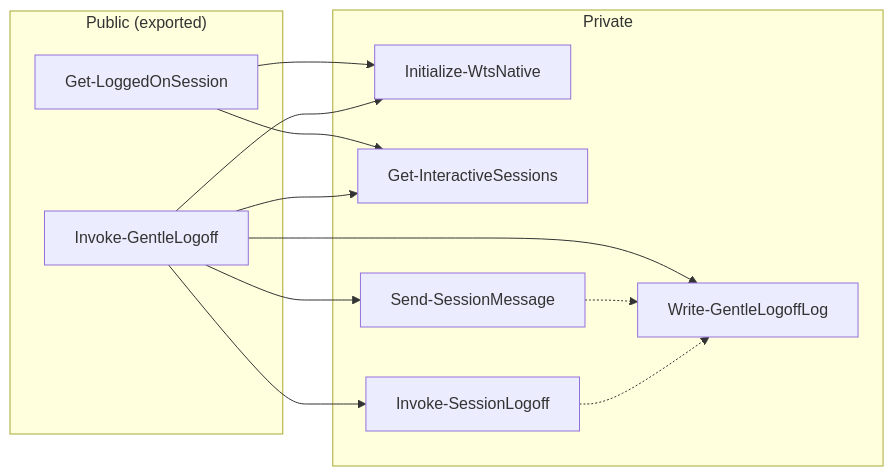
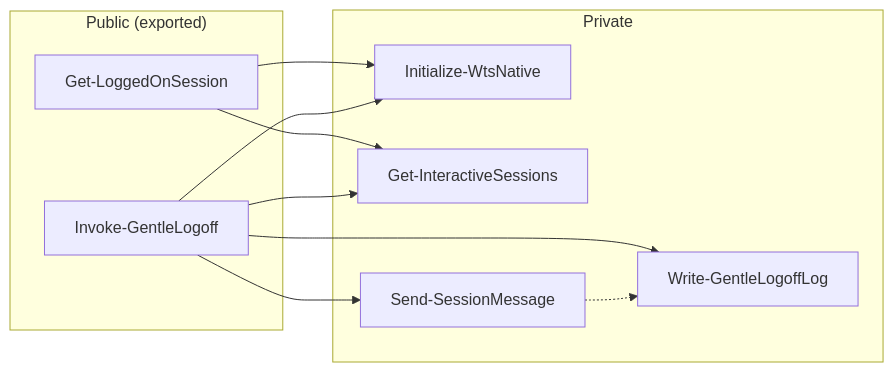
The diagram in README.md (pminnebach/logoff), drawn with Mermaid before and after one commit. The commit also changed other lines of this file and 2 other files, not shown here.

Commit message:
Remove Invoke-SessionLogoff function and update Invoke-GentleLogoff to handle session logoff directly, improving code clarity and maintainability.

````diff
--- a/README.md
+++ b/README.md
@@ -30,27 +29,24 @@
 ```mermaid
 flowchart LR
     subgraph public["Public (exported)"]
         GLS["Get-LoggedOnSession"]
         IGL["Invoke-GentleLogoff"]
     end
 
     subgraph private["Private"]
         IWN["Initialize-WtsNative"]
         GIS["Get-InteractiveSessions"]
         WGL["Write-GentleLogoffLog"]
         SSM["Send-SessionMessage"]
-        ISL["Invoke-SessionLogoff"]
     end
 
     GLS --> IWN
     GLS --> GIS
 
     IGL --> IWN
     IGL --> GIS
     IGL --> WGL
     IGL --> SSM
-    IGL --> ISL
 
     SSM -.-> WGL
-    ISL -.-> WGL
 ```
````
